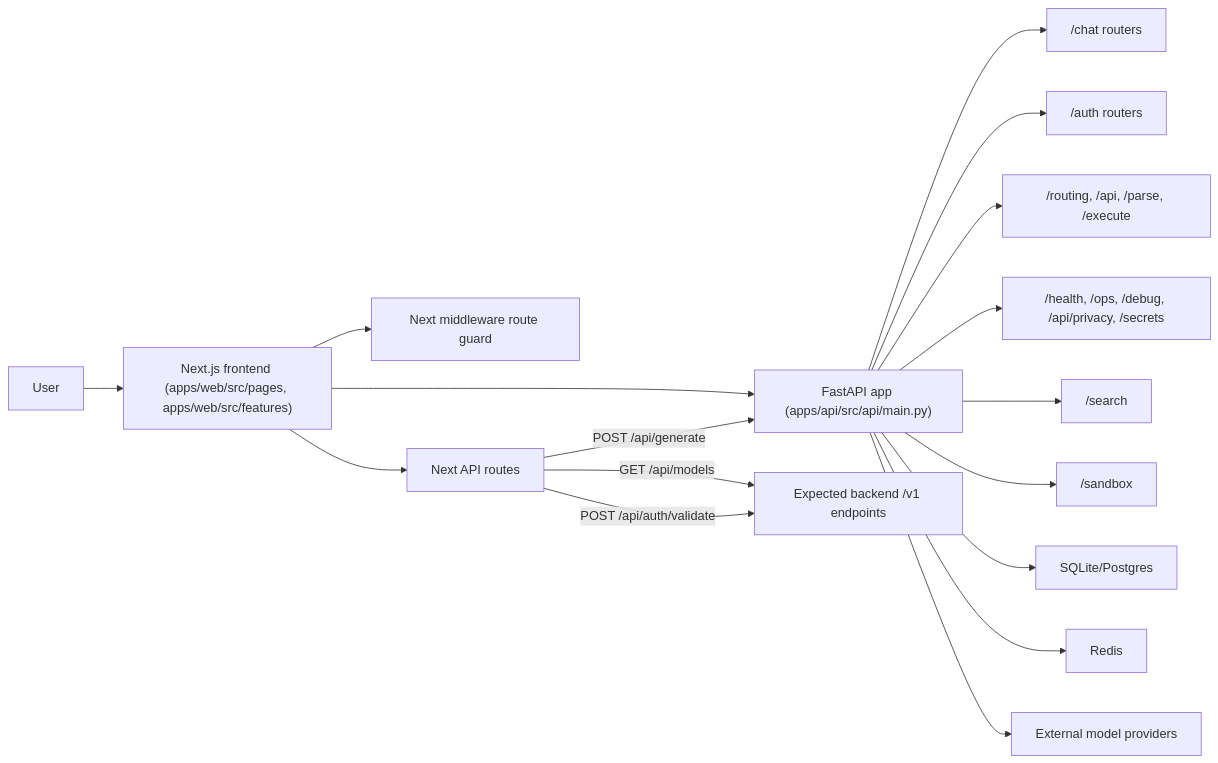
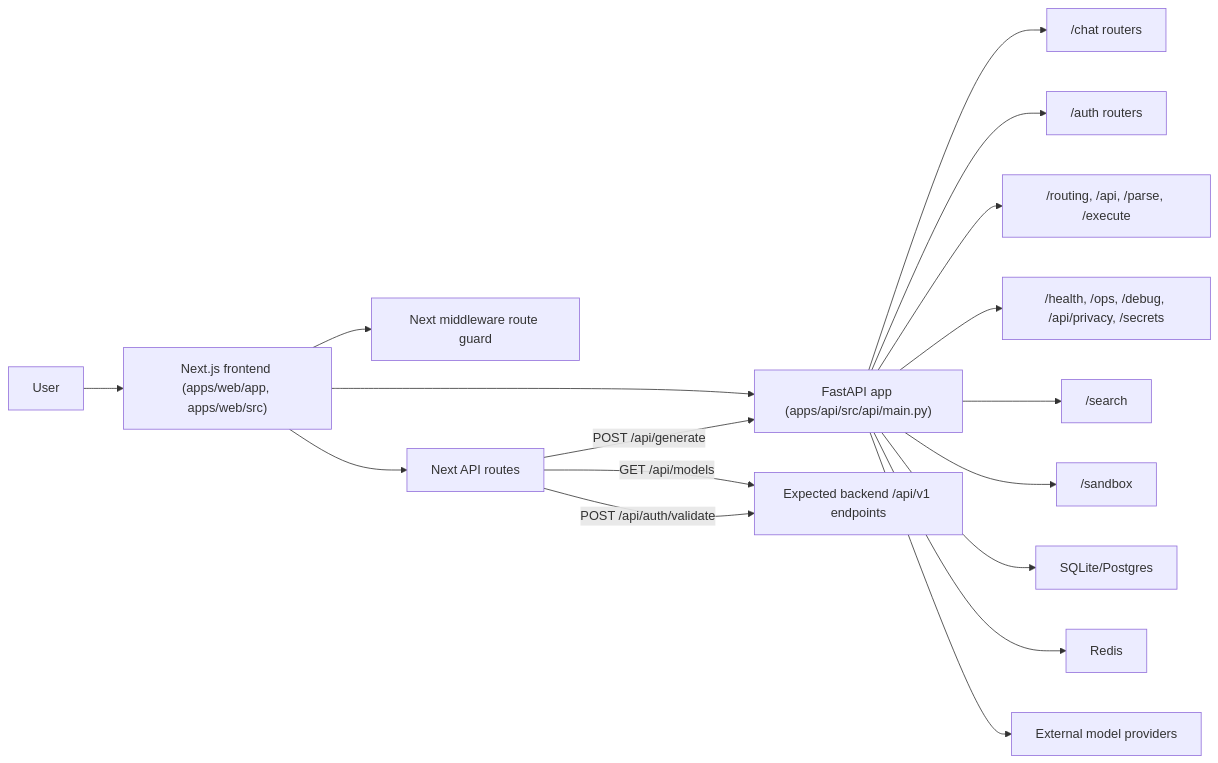
The diagram in docs/architecture/ARCHITECTURE_OVERVIEW.md (fuaadabdullah/goblin-assistant), drawn with Mermaid before and after one commit. The commit also changed other lines of this file and 20 other files, not shown here.

````diff
--- a/docs/architecture/ARCHITECTURE_OVERVIEW.md
+++ b/docs/architecture/ARCHITECTURE_OVERVIEW.md
@@ -16,23 +16,23 @@
 ```mermaid
 graph LR
-  U["User"] --> FE["Next.js frontend (apps/web/src/pages, apps/web/src/features)"]
+  U["User"] --> FE["Next.js frontend (apps/web/app, apps/web/src)"]
 
   FE --> MW["Next middleware route guard"]
   FE --> NAPI["Next API routes"]
   FE --> API["FastAPI app (apps/api/src/api/main.py)"]
 
   NAPI -->|"POST /api/generate"| API
-  NAPI -->|"GET /api/models"| V1A["Expected backend /v1 endpoints"]
+  NAPI -->|"GET /api/models"| V1A["Expected backend /api/v1 endpoints"]
   NAPI -->|"POST /api/auth/validate"| V1A
 
   API --> CHAT["/chat routers"]
   API --> AUTH["/auth routers"]
   API --> ROUTING["/routing, /api, /parse, /execute"]
   API --> OPS["/health, /ops, /debug, /api/privacy, /secrets"]
   API --> SEARCH["/search"]
   API --> SANDBOX["/sandbox"]
 
   API --> DB["SQLite/Postgres"]
   API --> REDIS["Redis"]
   API --> PROVIDERS["External model providers"]
 ```
````
